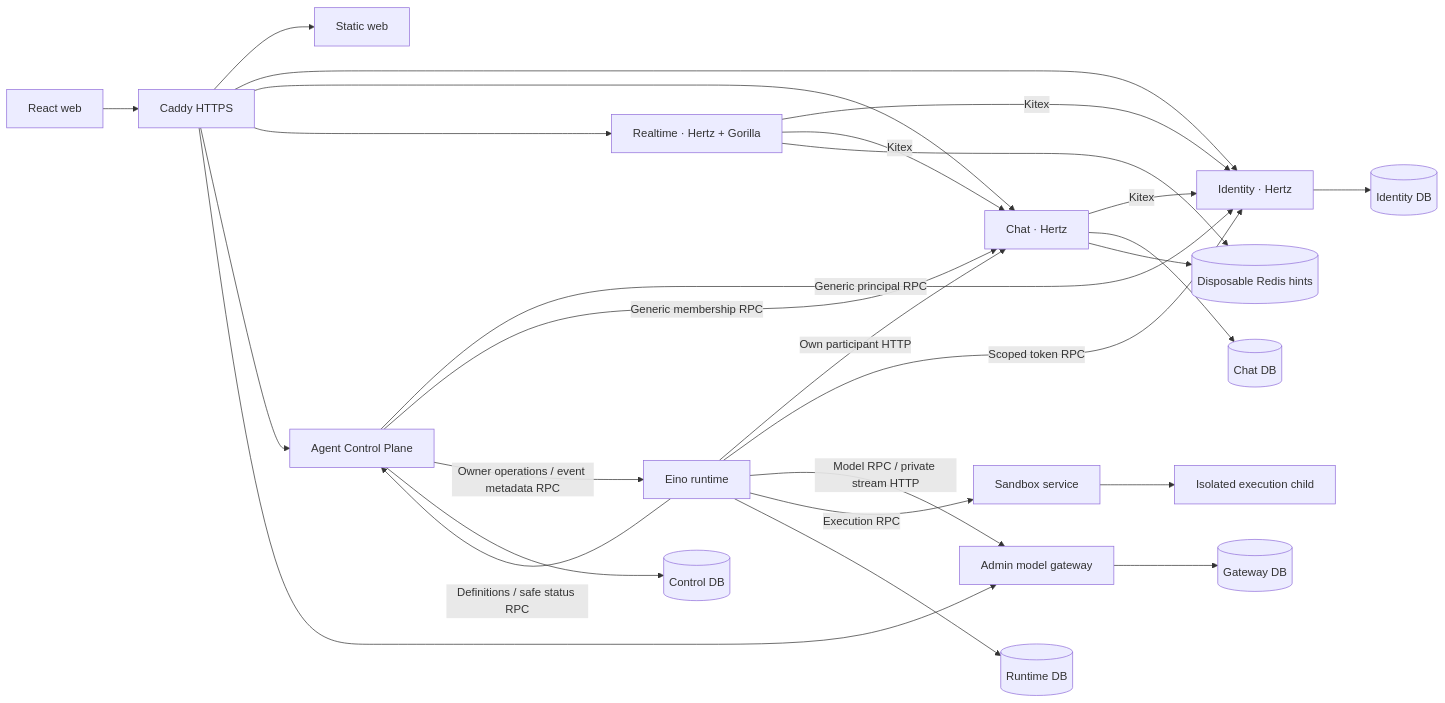
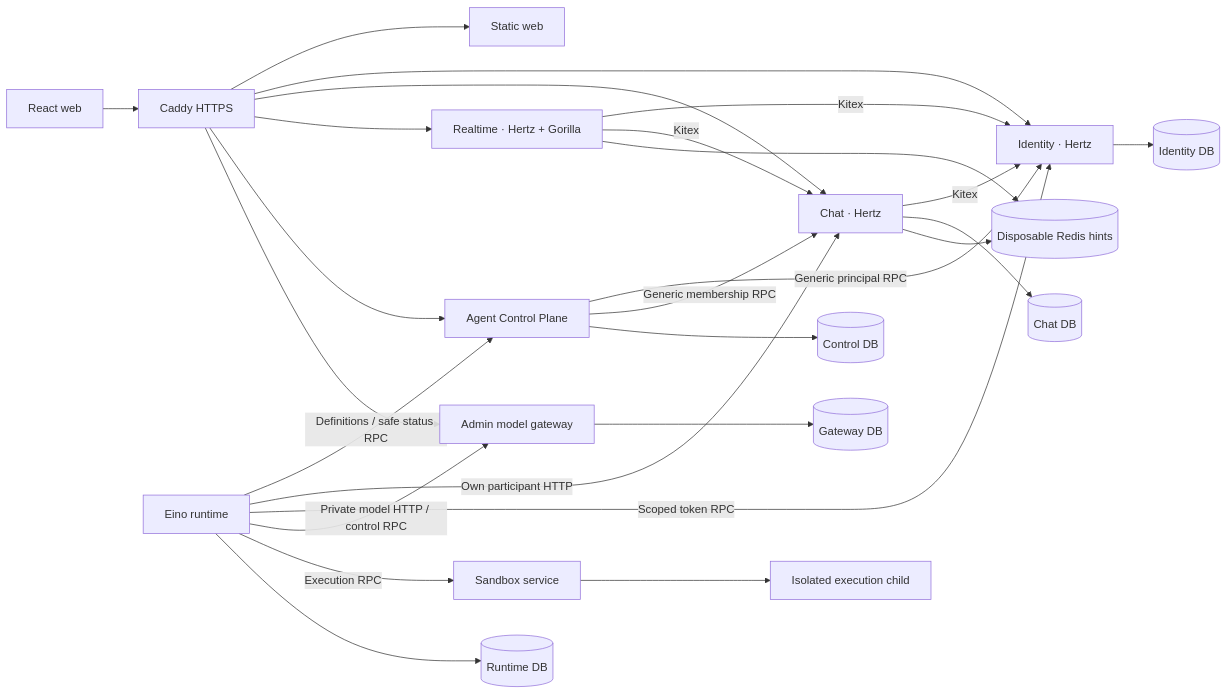
Before and after one commit to zzqDeco/teamie: the diagram in docs/architecture/overview.md, drawn with Mermaid. The commit also changed other lines of this file and 49 other files, not shown here.

````diff
--- a/docs/architecture/overview.md
+++ b/docs/architecture/overview.md
@@ -5,29 +5,28 @@
 ```mermaid
 flowchart LR
   Browser[React web] --> Edge[Caddy HTTPS]
   Edge --> Web[Static web]
   Edge --> Identity[Identity · Hertz]
   Edge --> Chat[Chat · Hertz]
   Edge --> RT[Realtime · Hertz + Gorilla]
   Edge --> CP[Agent Control Plane]
   Edge --> Gateway[Admin model gateway]
   Chat -->|Kitex| Identity
   RT -->|Kitex| Identity
   RT -->|Kitex| Chat
   CP -->|Generic principal RPC| Identity
   CP -->|Generic membership RPC| Chat
-  CP -->|Owner operations / event metadata RPC| Runtime
   Runtime[Eino runtime] -->|Definitions / safe status RPC| CP
   Runtime -->|Own participant HTTP| Chat
   Runtime -->|Scoped token RPC| Identity
-  Runtime -->|Model RPC / private stream HTTP| Gateway
+  Runtime -->|Private model HTTP / control RPC| Gateway
   Runtime -->|Execution RPC| Sandbox[Sandbox service]
   Sandbox --> Child[Isolated execution child]
   Identity --> IDB[(Identity DB)]
   Chat --> CDB[(Chat DB)]
   CP --> ADB[(Control DB)]
   Runtime --> RDB[(Runtime DB)]
   Gateway --> GDB[(Gateway DB)]
   Chat --> Redis[(Disposable Redis hints)]
   RT --> Redis
 ```
````
